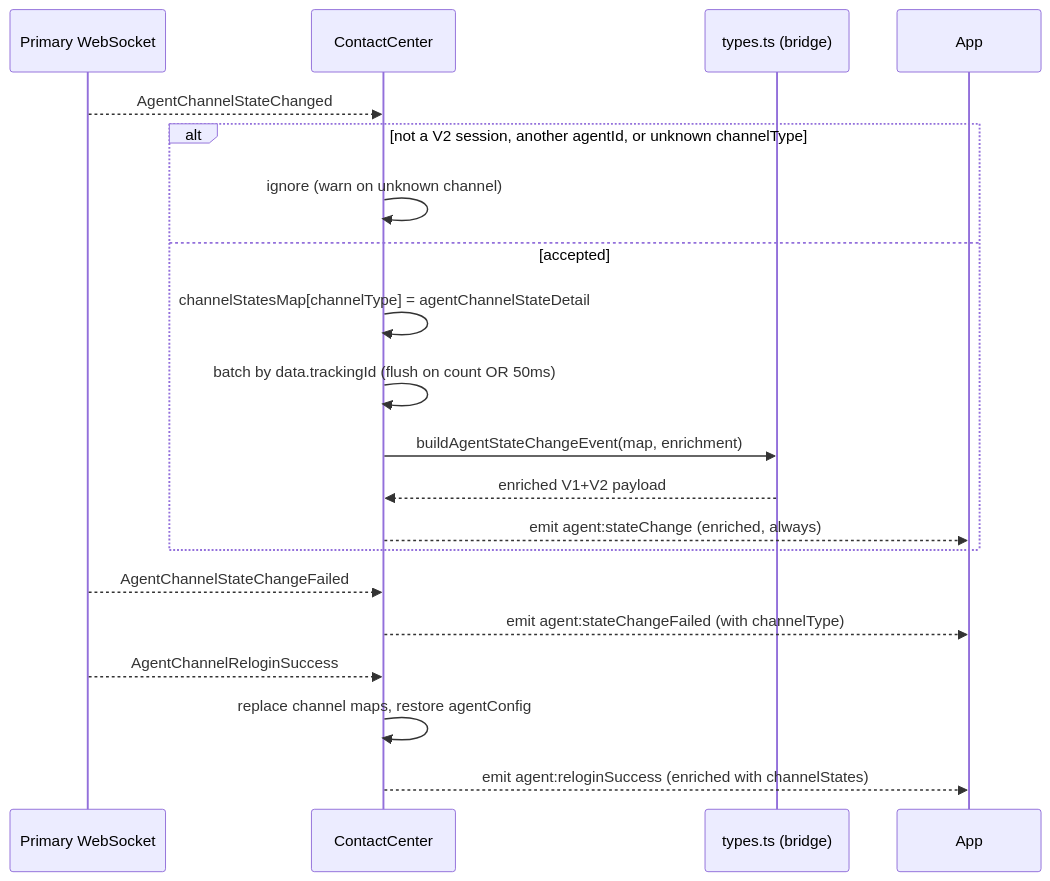
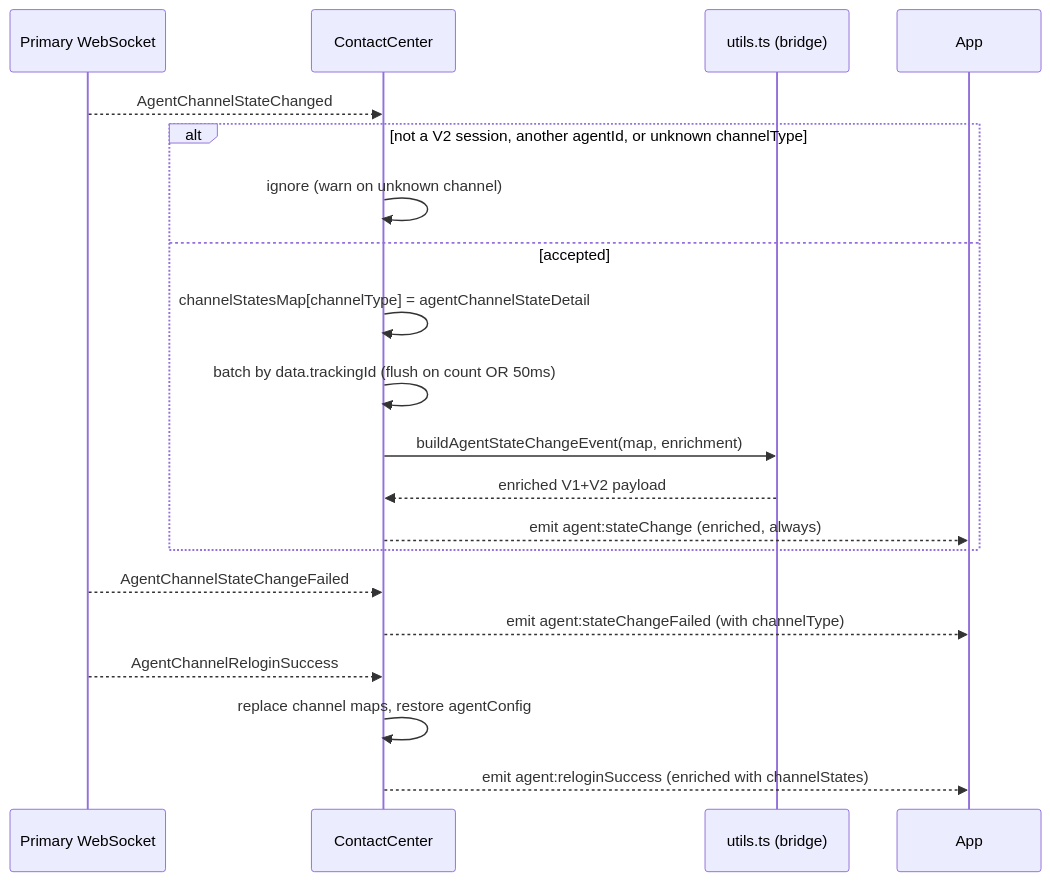
One commit to webex/webex-js-sdk changed the sixth of 10 diagrams in packages/@webex/contact-center/src/docs/README.md. Above: the diagram before and after it, drawn with Mermaid. The commit also changed other lines of this file and 34 other files, not shown here.

````diff
--- a/packages/@webex/contact-center/src/docs/README.md
+++ b/packages/@webex/contact-center/src/docs/README.md
@@ -457,22 +462,22 @@
 ```mermaid
 sequenceDiagram
   participant WS as Primary WebSocket
   participant CC as ContactCenter
-  participant Agg as types.ts (bridge)
+  participant Agg as utils.ts (bridge)
   participant App
   WS-->>CC: AgentChannelStateChanged
   alt not a V2 session, another agentId, or unknown channelType
     CC->>CC: ignore (warn on unknown channel)
   else accepted
     CC->>CC: channelStatesMap[channelType] = agentChannelStateDetail
     CC->>CC: batch by data.trackingId (flush on count OR 50ms)
     CC->>Agg: buildAgentStateChangeEvent(map, enrichment)
     Agg-->>CC: enriched V1+V2 payload
     CC-->>App: emit agent:stateChange (enriched, always)
   end
   WS-->>CC: AgentChannelStateChangeFailed
   CC-->>App: emit agent:stateChangeFailed (with channelType)
   WS-->>CC: AgentChannelReloginSuccess
   CC->>CC: replace channel maps, restore agentConfig
   CC-->>App: emit agent:reloginSuccess (enriched with channelStates)
 ```
````
